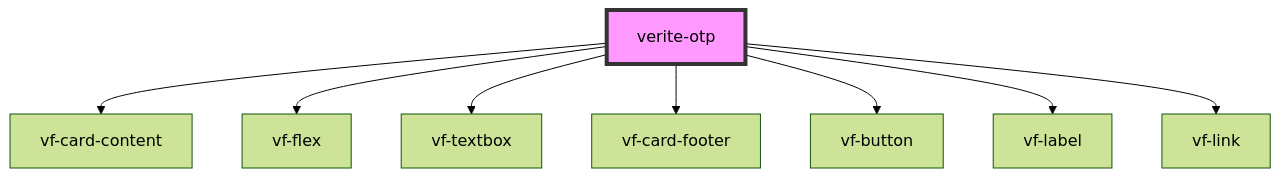
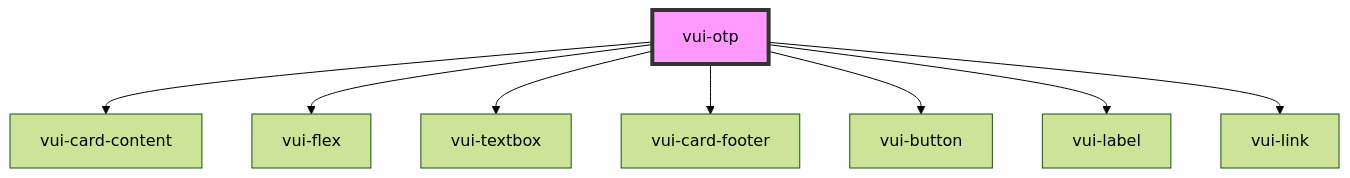
The diagram in packages/stencil-library/src/components/otp/readme.md (verite-team/verite-elements), drawn with Mermaid (forest theme) before and after one commit. The commit also changed other lines of this file and 116 other files, not shown here.

````diff
--- a/packages/stencil-library/src/components/otp/readme.md
+++ b/packages/stencil-library/src/components/otp/readme.md
@@ -28,11 +26,11 @@
 ```mermaid
 graph TD;
-  verite-otp --> vf-card-content
-  verite-otp --> vf-flex
-  verite-otp --> vf-textbox
-  verite-otp --> vf-card-footer
-  verite-otp --> vf-button
-  verite-otp --> vf-label
-  verite-otp --> vf-link
-  style verite-otp fill:#f9f,stroke:#333,stroke-width:4px
+  vui-otp --> vui-card-content
+  vui-otp --> vui-flex
+  vui-otp --> vui-textbox
+  vui-otp --> vui-card-footer
+  vui-otp --> vui-button
+  vui-otp --> vui-label
+  vui-otp --> vui-link
+  style vui-otp fill:#f9f,stroke:#333,stroke-width:4px
 ```
````
